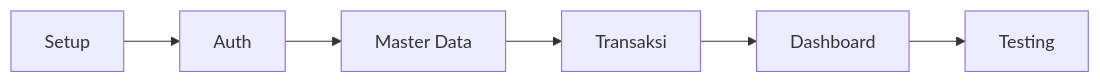
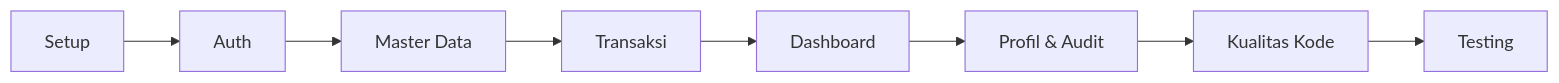
Before and after one commit to nestorzamili/ta-aswan: the second of 2 diagrams in docs/06-implementasi-pengujian.md, drawn with Mermaid. The commit also changed other lines of this file and 53 other files, not shown here.

````diff
--- a/docs/06-implementasi-pengujian.md
+++ b/docs/06-implementasi-pengujian.md
@@ -196,8 +200,10 @@
 ```mermaid
 flowchart LR
     F1[Setup] --> F2[Auth]
     F2 --> F3[Master Data]
     F3 --> F4[Transaksi]
     F4 --> F5[Dashboard]
-    F5 --> F6[Testing]
+    F5 --> F6[Profil & Audit]
+    F6 --> F7[Kualitas Kode]
+    F7 --> F8[Testing]
 ```
````
